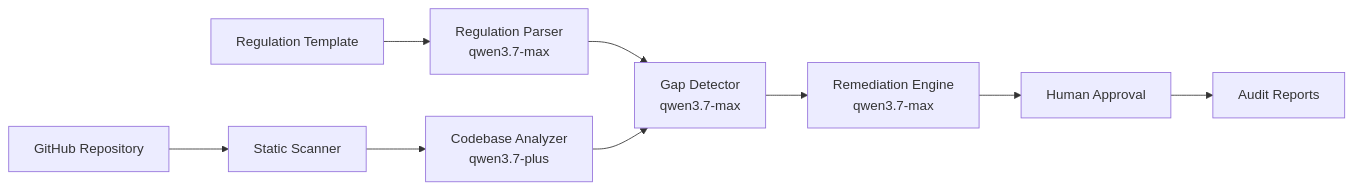
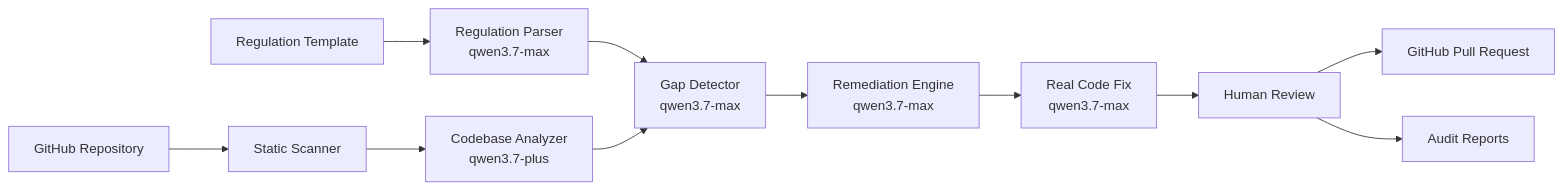
One commit to adetorojeremiahfadesayo/Compliance-AI-Scanner changed the diagram in README.md. Above: the diagram before and after it, drawn with Mermaid. The commit also changed other lines of this file, not shown here.

````diff
--- a/README.md
+++ b/README.md
@@ -34,11 +99,13 @@
 ```mermaid
 flowchart LR
     Regulation["Regulation Template"] --> Parser["Regulation Parser<br/>qwen3.7-max"]
     Repo["GitHub Repository"] --> Scanner["Static Scanner"]
     Scanner --> Analyzer["Codebase Analyzer<br/>qwen3.7-plus"]
     Parser --> GapDetector["Gap Detector<br/>qwen3.7-max"]
     Analyzer --> GapDetector
     GapDetector --> Remediation["Remediation Engine<br/>qwen3.7-max"]
-    Remediation --> Review["Human Approval"]
+    Remediation --> CodeFix["Real Code Fix<br/>qwen3.7-max"]
+    CodeFix --> Review["Human Review"]
+    Review --> PR["GitHub Pull Request"]
     Review --> Reports["Audit Reports"]
 ```
````
